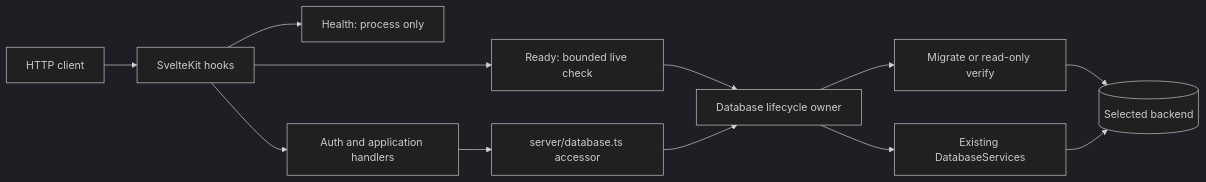
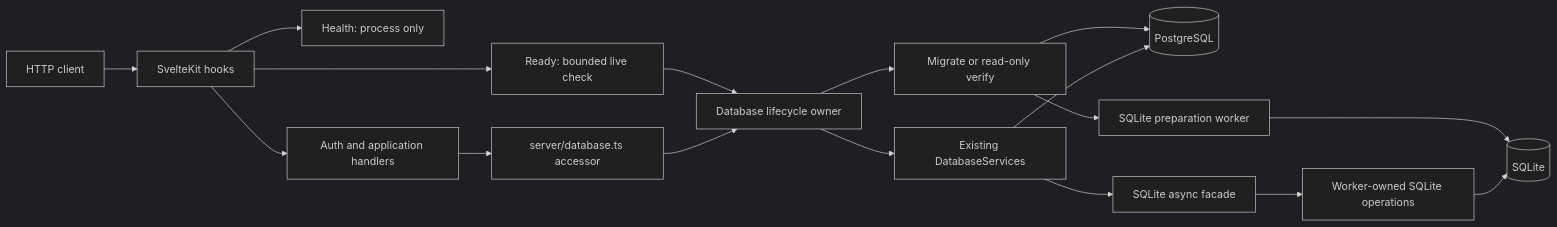
One commit to nikiGGG/RUOK changed the first of 2 diagrams in kitty-specs/database-review-findings-remediation-01M5TGCE/plan.md. Above: the diagram before and after it, drawn with Mermaid (dark theme). The commit also changed other lines of this file and 4 other files, not shown here.

````diff
--- a/kitty-specs/database-review-findings-remediation-01M5TGCE/plan.md
+++ b/kitty-specs/database-review-findings-remediation-01M5TGCE/plan.md
@@ -72,14 +77,19 @@
 ```mermaid
 flowchart LR
     Client[HTTP client] --> Hooks[SvelteKit hooks]
     Hooks --> Health[Health: process only]
     Hooks --> Ready[Ready: bounded live check]
     Hooks --> App[Auth and application handlers]
     Ready --> Lifecycle[Database lifecycle owner]
     App --> Access[server/database.ts accessor]
     Access --> Lifecycle
     Lifecycle --> Validate[Migrate or read-only verify]
     Lifecycle --> Repos[Existing DatabaseServices]
-    Validate --> DB[(Selected backend)]
-    Repos --> DB
+    Validate --> PG
+    Validate --> Bootstrap[SQLite preparation worker]
+    Bootstrap --> SQLite
+    Repos --> PG[(PostgreSQL)]
+    Repos --> SQLiteFacade[SQLite async facade]
+    SQLiteFacade --> Worker[Worker-owned SQLite operations]
+    Worker --> SQLite[(SQLite)]
 ```
````
